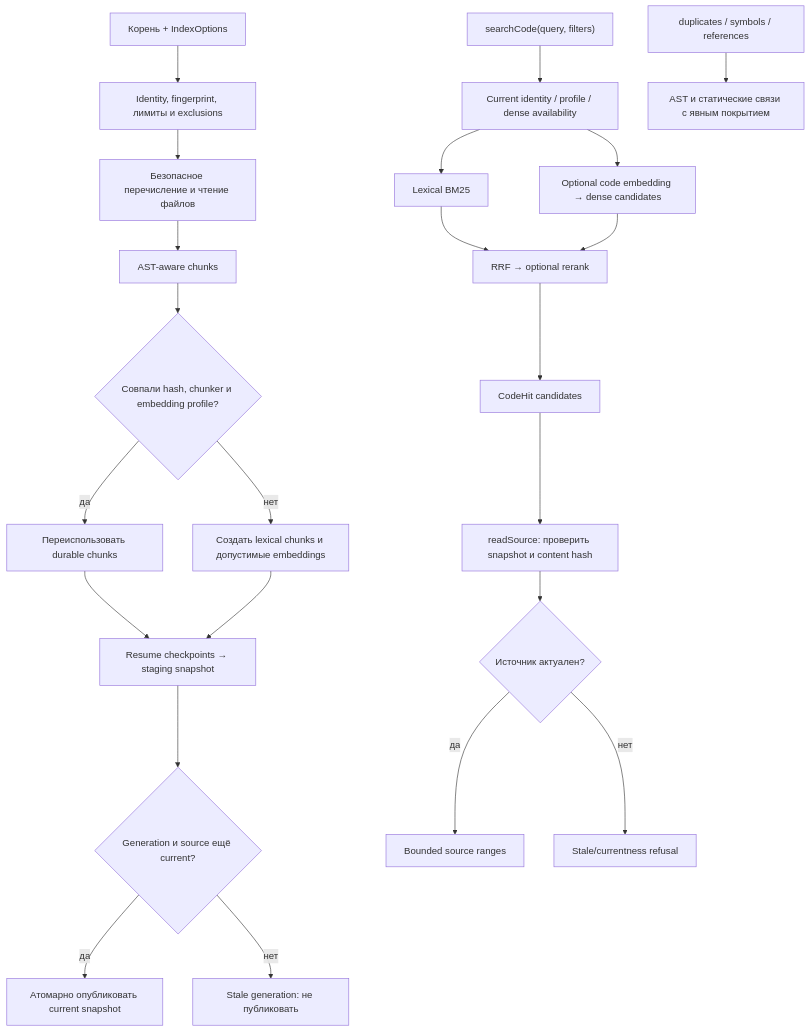
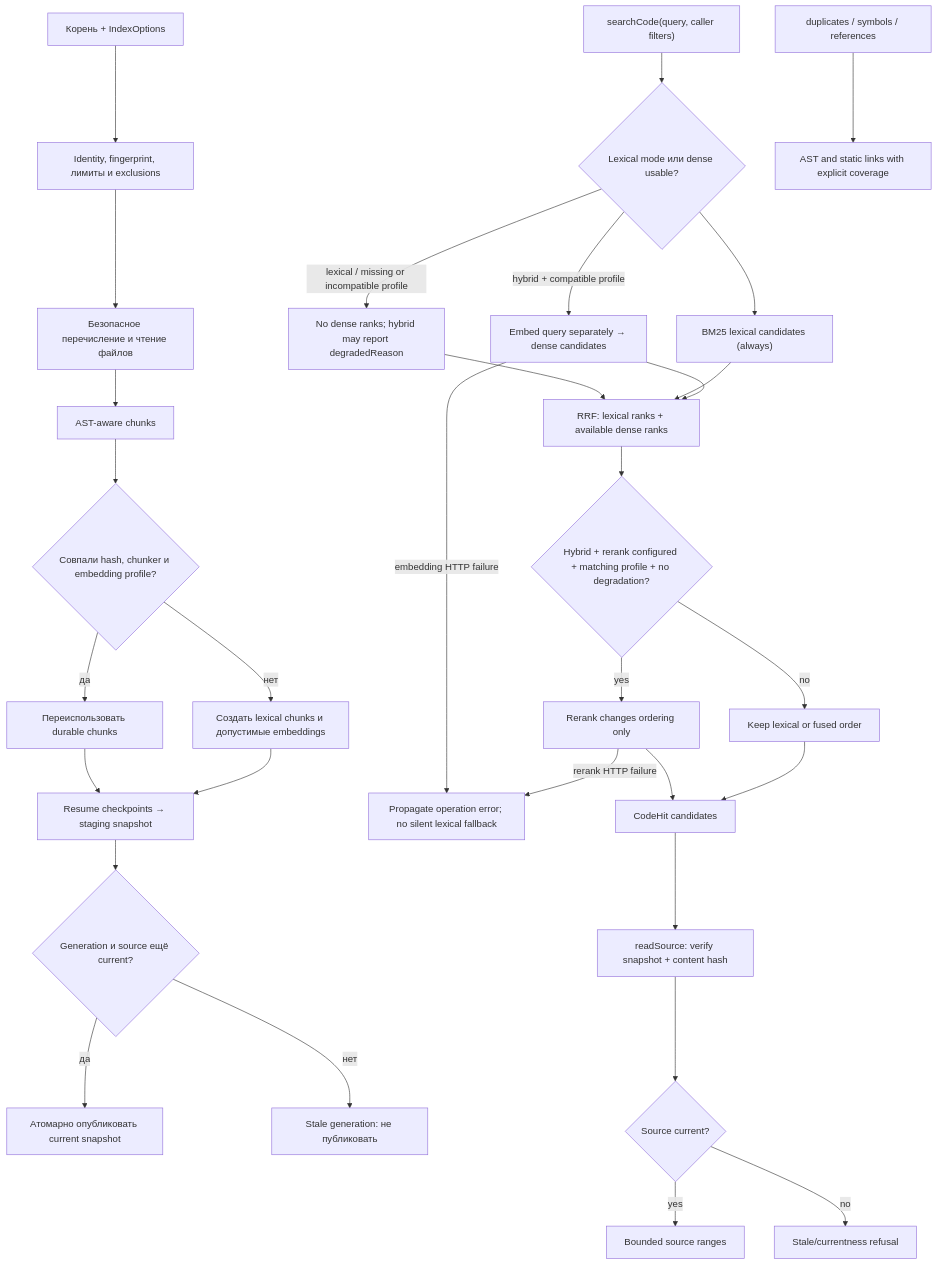
The first of 2 diagrams in src/code/README.md (zoomplus/zorya-search), drawn with Mermaid before and after one commit. The commit also changed other lines of this file and 5 other files, not shown here.

Commit message:
docs: detail Jev decisions and retrieval service flows

````diff
--- a/src/code/README.md
+++ b/src/code/README.md
@@ -5,25 +5,33 @@
 ```mermaid
 flowchart TD
  A["Корень + IndexOptions"] --> B["Identity, fingerprint, лимиты и exclusions"]
  B --> C["Безопасное перечисление и чтение файлов"]
  C --> D["AST-aware chunks"]
  D --> E{"Совпали hash, chunker и embedding profile?"}
  E -->|"да"| F["Переиспользовать durable chunks"]
  E -->|"нет"| G["Создать lexical chunks и допустимые embeddings"]
  F --> H["Resume checkpoints → staging snapshot"]
  G --> H
  H --> I{"Generation и source ещё current?"}
  I -->|"да"| J["Атомарно опубликовать current snapshot"]
  I -->|"нет"| K["Stale generation: не публиковать"]
- L["searchCode(query, filters)"] --> M["Current identity / profile / dense availability"]
- M --> N["Lexical BM25"]
- M --> O["Optional code embedding → dense candidates"]
- N --> P["RRF → optional rerank"]
- O --> P
- P --> Q["CodeHit candidates"]
- Q --> R["readSource: проверить snapshot и content hash"]
- R --> S{"Источник актуален?"}
- S -->|"да"| T["Bounded source ranges"]
- S -->|"нет"| U["Stale/currentness refusal"]
- V["duplicates / symbols / references"] --> W["AST и статические связи с явным покрытием"]
+ L["searchCode(query, caller filters)"] --> M{"Lexical mode или dense usable?"}
+ M -->|"lexical / missing or incompatible profile"| N["No dense ranks; hybrid may report degradedReason"]
+ M -->|"hybrid + compatible profile"| O["Embed query separately → dense candidates"]
+ M --> P["BM25 lexical candidates (always)"]
+ N --> R["RRF: lexical ranks + available dense ranks"]
+ P --> R
+ O --> R
+ R --> S{"Hybrid + rerank configured + matching profile + no degradation?"}
+ S -->|"yes"| T["Rerank changes ordering only"]
+ S -->|"no"| U["Keep lexical or fused order"]
+ O -->|"embedding HTTP failure"| X["Propagate operation error; no silent lexical fallback"]
+ T -->|"rerank HTTP failure"| X
+ T --> V["CodeHit candidates"]
+ U --> V
+ V --> W["readSource: verify snapshot + content hash"]
+ W --> AA{"Source current?"}
+ AA -->|"yes"| AB["Bounded source ranges"]
+ AA -->|"no"| AC["Stale/currentness refusal"]
+ AD["duplicates / symbols / references"] --> AE["AST and static links with explicit coverage"]
 ```
````
